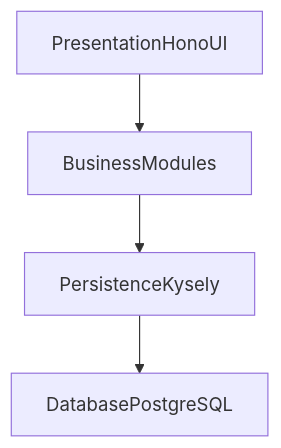
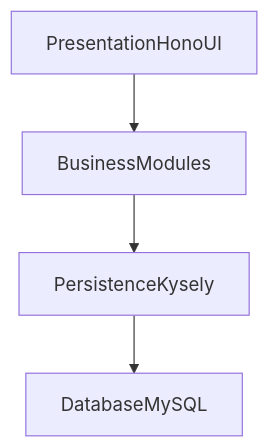
Before and after one commit to dionaugea/sirefik: the fourth of 5 diagrams in README.md, drawn with Mermaid. The commit also changed other lines of this file and 60 other files, not shown here.

````diff
--- a/README.md
+++ b/README.md
@@ -152,9 +152,9 @@
 ```mermaid
 flowchart TB
   presentation[PresentationHonoUI]
   business[BusinessModules]
   persistence[PersistenceKysely]
-  database[DatabasePostgreSQL]
+  database[DatabaseMySQL]
 
   presentation --> business --> persistence --> database
 ```
````
